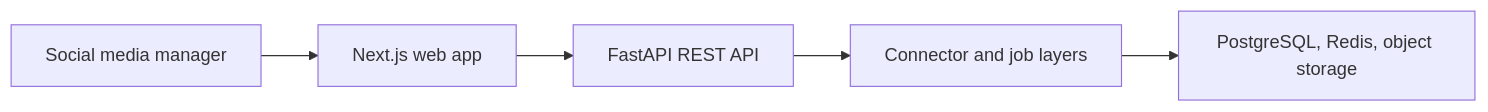
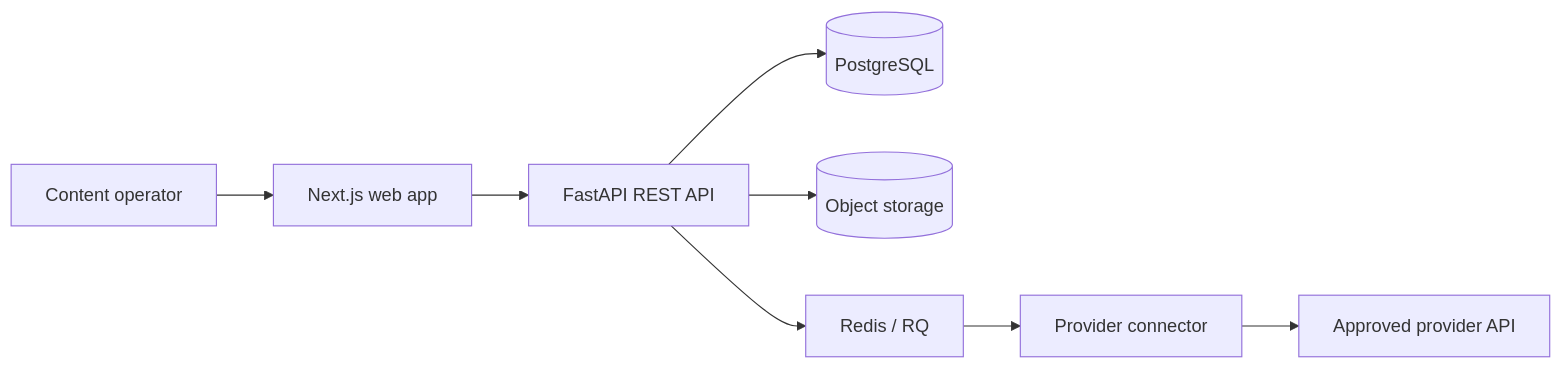
One commit to badugujashwanth-create/social-media-control-center changed the diagram in docs/ARCHITECTURE.md. Above: the diagram before and after it, drawn with Mermaid. The commit also changed other lines of this file and 84 other files, not shown here.

Commit message:
feat: release verified social media control center

````diff
--- a/docs/ARCHITECTURE.md
+++ b/docs/ARCHITECTURE.md
@@ -7,8 +5,10 @@
 ```mermaid
 flowchart LR
-  N0[Social media manager] --> N1
-  N1[Next.js web app] --> N2
-  N2[FastAPI REST API] --> N3
-  N3[Connector and job layers] --> N4
-  N4[PostgreSQL, Redis, object storage]
+  U[Content operator] --> W[Next.js web app]
+  W --> A[FastAPI REST API]
+  A --> P[(PostgreSQL)]
+  A --> O[(Object storage)]
+  A --> Q[Redis / RQ]
+  Q --> C[Provider connector]
+  C --> X[Approved provider API]
 ```
````
